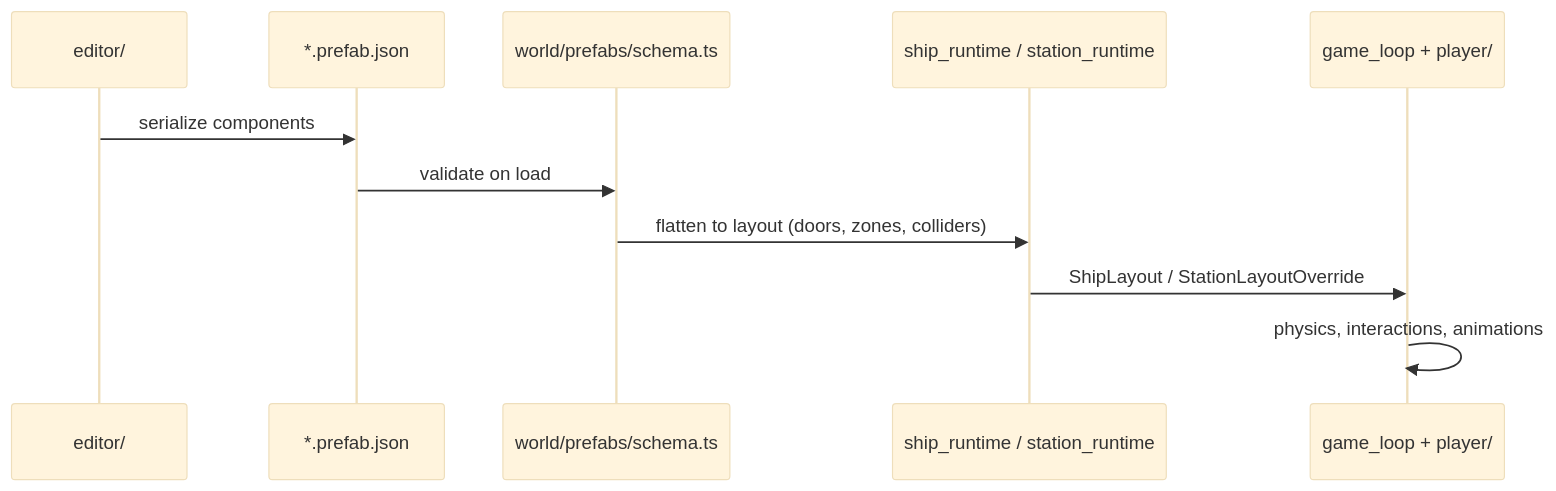
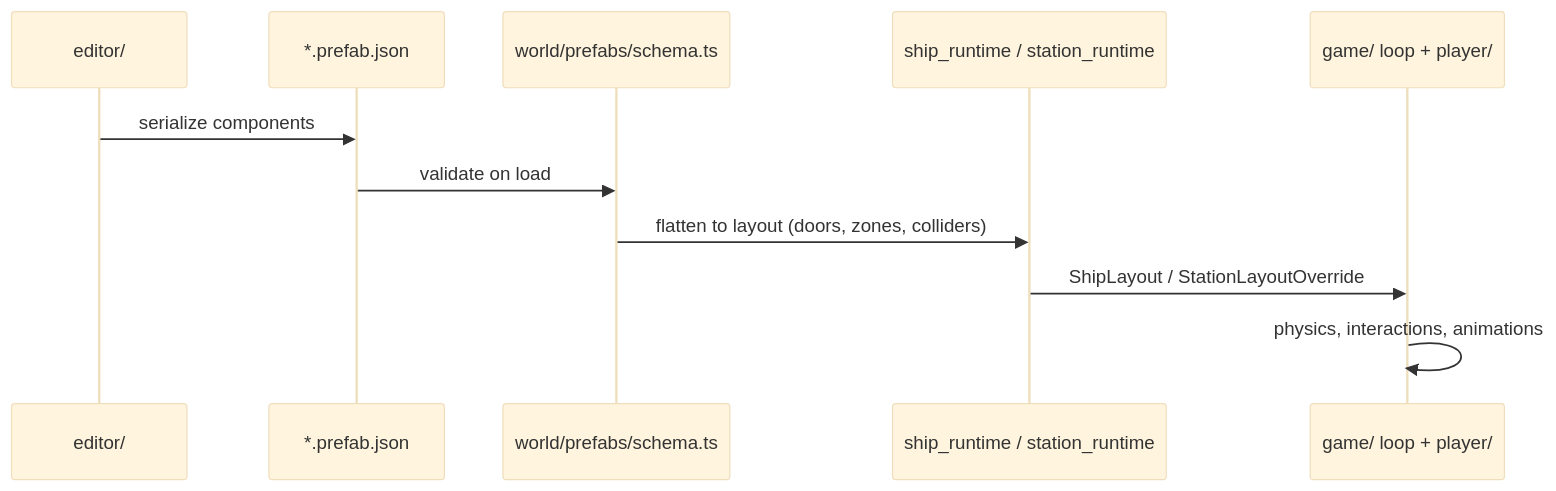
The third of 5 diagrams in docs/docs/engineering/domain-design.md (AlanGreyjoy/claudecitizen), drawn with Mermaid (base theme) before and after one commit. The commit also changed other lines of this file and 32 other files, not shown here.

First line of the commit message:
Refactor game loop architecture and update related modules

````diff
--- a/docs/docs/engineering/domain-design.md
+++ b/docs/docs/engineering/domain-design.md
@@ -123,14 +129,14 @@
 ```mermaid
 sequenceDiagram
   participant Editor as editor/
   participant JSON as *.prefab.json
   participant Schema as world/prefabs/schema.ts
   participant Runtime as ship_runtime / station_runtime
-  participant Game as game_loop + player/
+  participant Game as game/ loop + player/
 
   Editor->>JSON: serialize components
   JSON->>Schema: validate on load
   Schema->>Runtime: flatten to layout (doors, zones, colliders)
   Runtime->>Game: ShipLayout / StationLayoutOverride
   Game->>Game: physics, interactions, animations
 ```
````
